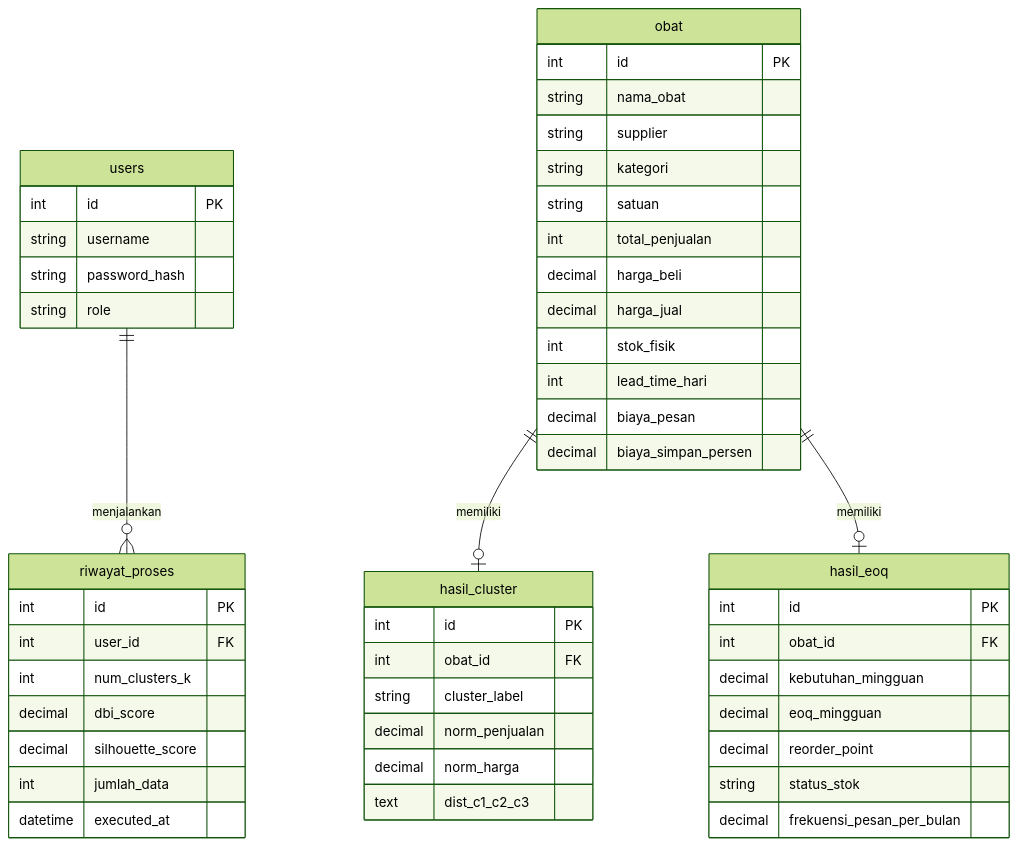
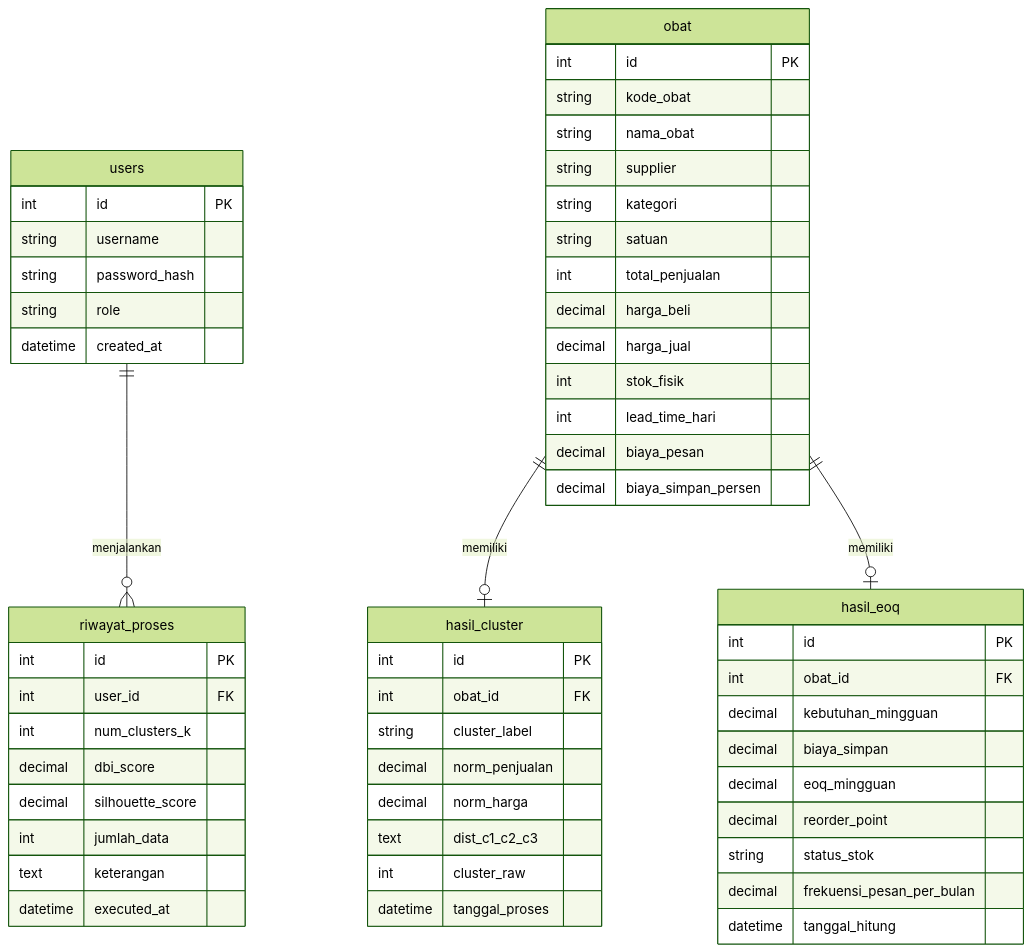
One commit to opalism/project-apotek-signamedika changed the third of 3 diagrams in README.md. Above: the diagram before and after it, drawn with Mermaid (forest theme). The commit also changed other lines of this file, not shown here.

Commit message:
docs: beautify README with official branding, badges, and detailed architecture

````diff
--- a/README.md
+++ b/README.md
@@ -279,53 +263,64 @@
 ```mermaid
 erDiagram
-    users ||--o{ riwayat_proses : menjalankan
-    obat ||--o| hasil_cluster : memiliki
-    obat ||--o| hasil_eoq : memiliki
+    users ||--o{ riwayat_proses : "menjalankan"
+    obat ||--o| hasil_cluster : "memiliki"
+    obat ||--o| hasil_eoq : "memiliki"
 
     users {
         int id PK
         string username
         string password_hash
         string role
+        datetime created_at
     }
+
     obat {
         int id PK
+        string kode_obat
         string nama_obat
         string supplier
         string kategori
         string satuan
         int total_penjualan
         decimal harga_beli
         decimal harga_jual
         int stok_fisik
         int lead_time_hari
         decimal biaya_pesan
         decimal biaya_simpan_persen
     }
+
     hasil_cluster {
         int id PK
         int obat_id FK
         string cluster_label
         decimal norm_penjualan
         decimal norm_harga
         text dist_c1_c2_c3
+        int cluster_raw
+        datetime tanggal_proses
     }
+
     hasil_eoq {
         int id PK
         int obat_id FK
         decimal kebutuhan_mingguan
+        decimal biaya_simpan
         decimal eoq_mingguan
         decimal reorder_point
         string status_stok
         decimal frekuensi_pesan_per_bulan
+        datetime tanggal_hitung
     }
+
     riwayat_proses {
         int id PK
         int user_id FK
         int num_clusters_k
         decimal dbi_score
         decimal silhouette_score
         int jumlah_data
+        text keterangan
         datetime executed_at
     }
 ```
````
